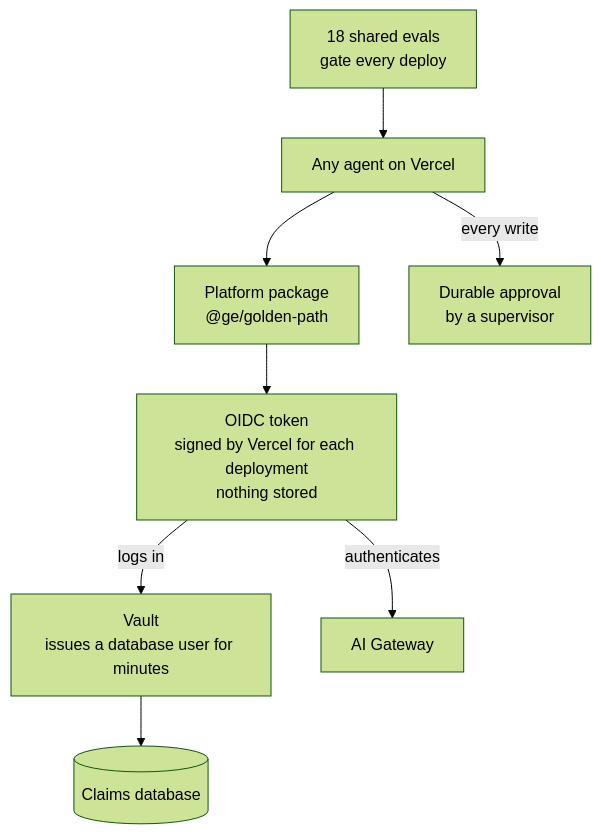
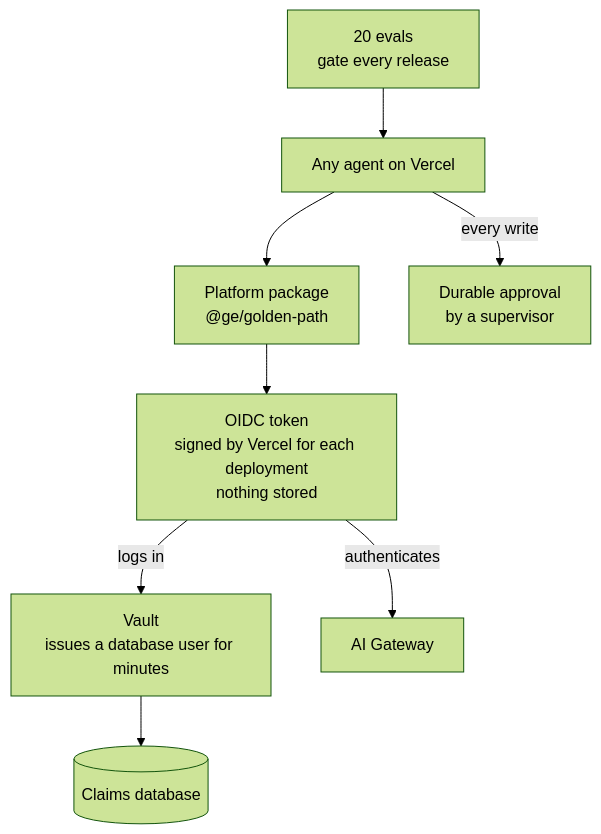
The second of 2 diagrams in README.md (cmylchan/goodenoughinsurance-eve-migration-demo), drawn with Mermaid (forest theme) before and after one commit. The commit also changed other lines of this file and 5 other files, not shown here.

````diff
--- a/README.md
+++ b/README.md
@@ -61,10 +72,10 @@
 ```mermaid
 flowchart TB
-  E["18 shared evals<br/>gate every deploy"] --> A["Any agent on Vercel"]
+  E["20 evals<br/>gate every release"] --> A["Any agent on Vercel"]
   A --> G["Platform package<br/>@ge/golden-path"]
   A -- "every write" --> W["Durable approval<br/>by a supervisor"]
   G --> O["OIDC token<br/>signed by Vercel for each deployment<br/>nothing stored"]
   O -- "logs in" --> V["Vault<br/>issues a database user for minutes"]
   O -- "authenticates" --> M["AI Gateway"]
   V --> DB[("Claims database")]
 ```
````
